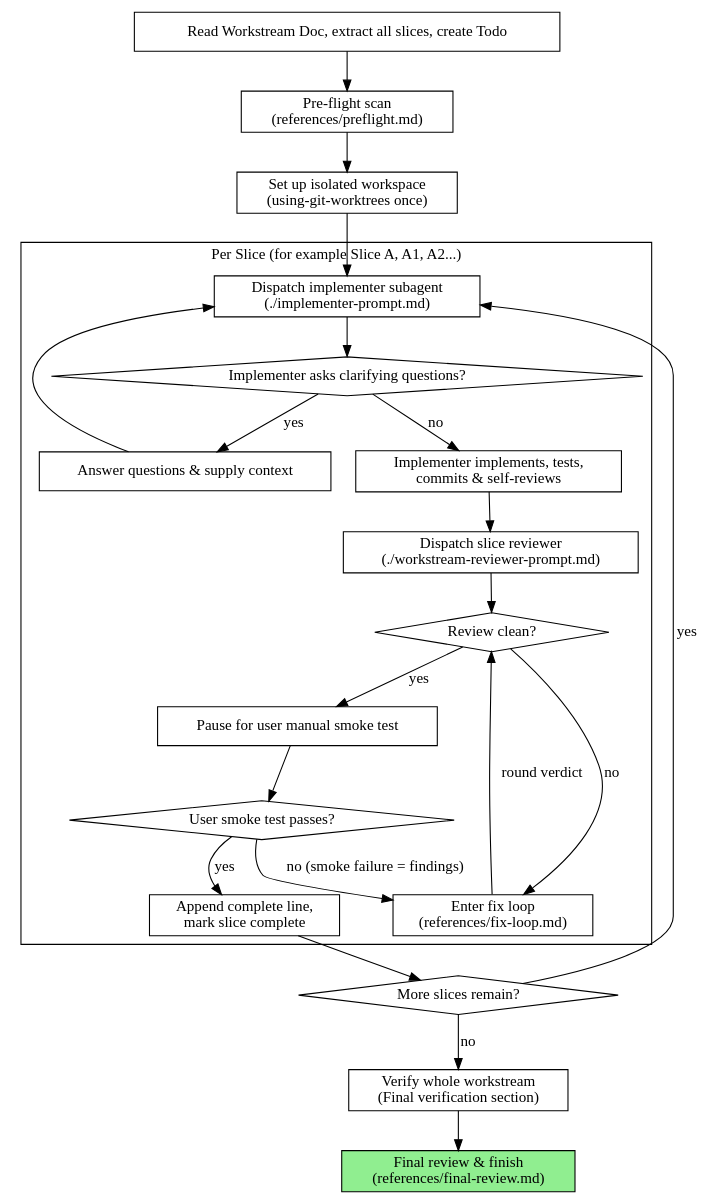
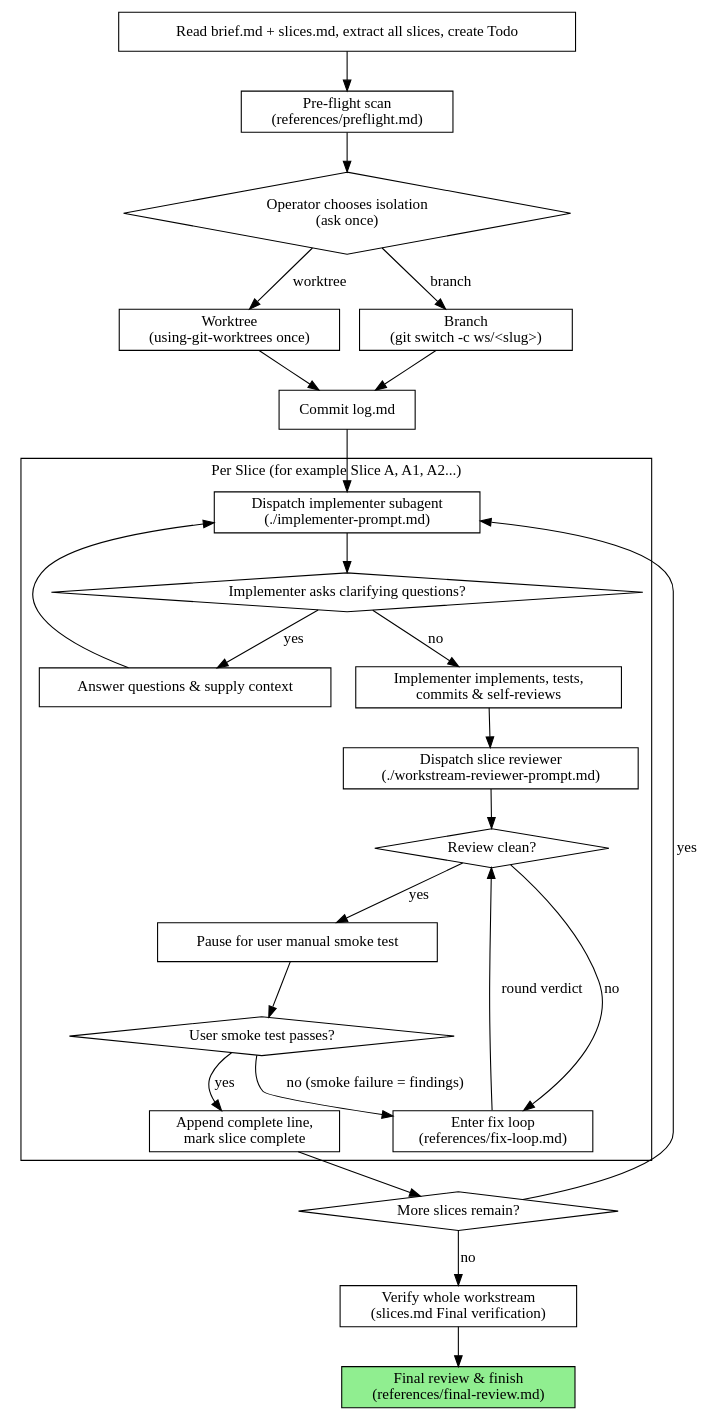
One commit to dtbndr/solopowers changed the diagram in skills/workstream-driven-development/SKILL.md. Above: the diagram before and after it, drawn with Graphviz. The commit also changed other lines of this file and 12 other files, not shown here.

First line of the commit message:
feat(lite): WSD executes workstream folder with operator-chosen isolation (Group 2c)

````diff
--- a/skills/workstream-driven-development/SKILL.md
+++ b/skills/workstream-driven-development/SKILL.md
@@ -28,46 +28,53 @@
 ```dot
 digraph workstream_execution {
     rankdir=TB;
 
     subgraph cluster_per_slice {
         label="Per Slice (for example Slice A, A1, A2...)";
         "Dispatch implementer subagent\n(./implementer-prompt.md)" [shape=box];
         "Implementer asks clarifying questions?" [shape=diamond];
         "Answer questions & supply context" [shape=box];
         "Implementer implements, tests,\ncommits & self-reviews" [shape=box];
         "Dispatch slice reviewer\n(./workstream-reviewer-prompt.md)" [shape=box];
         "Review clean?" [shape=diamond];
         "Enter fix loop\n(references/fix-loop.md)" [shape=box];
         "Pause for user manual smoke test" [shape=box];
         "User smoke test passes?" [shape=diamond];
         "Append complete line,\nmark slice complete" [shape=box];
     }
 
-    "Read Workstream Doc, extract all slices, create Todo" [shape=box];
+    "Read brief.md + slices.md, extract all slices, create Todo" [shape=box];
     "Pre-flight scan\n(references/preflight.md)" [shape=box];
-    "Set up isolated workspace\n(using-git-worktrees once)" [shape=box];
+    "Operator chooses isolation\n(ask once)" [shape=diamond];
+    "Worktree\n(using-git-worktrees once)" [shape=box];
+    "Branch\n(git switch -c ws/<slug>)" [shape=box];
+    "Commit log.md" [shape=box];
     "More slices remain?" [shape=diamond];
-    "Verify whole workstream\n(Final verification section)" [shape=box];
+    "Verify whole workstream\n(slices.md Final verification)" [shape=box];
     "Final review & finish\n(references/final-review.md)" [shape=box style=filled fillcolor=lightgreen];
 
-    "Read Workstream Doc, extract all slices, create Todo" -> "Pre-flight scan\n(references/preflight.md)";
-    "Pre-flight scan\n(references/preflight.md)" -> "Set up isolated workspace\n(using-git-worktrees once)";
-    "Set up isolated workspace\n(using-git-worktrees once)" -> "Dispatch implementer subagent\n(./implementer-prompt.md)";
+    "Read brief.md + slices.md, extract all slices, create Todo" -> "Pre-flight scan\n(references/preflight.md)";
+    "Pre-flight scan\n(references/preflight.md)" -> "Operator chooses isolation\n(ask once)";
+    "Operator chooses isolation\n(ask once)" -> "Worktree\n(using-git-worktrees once)" [label="worktree"];
+    "Operator chooses isolation\n(ask once)" -> "Branch\n(git switch -c ws/<slug>)" [label="branch"];
+    "Worktree\n(using-git-worktrees once)" -> "Commit log.md";
+    "Branch\n(git switch -c ws/<slug>)" -> "Commit log.md";
+    "Commit log.md" -> "Dispatch implementer subagent\n(./implementer-prompt.md)";
     "Dispatch implementer subagent\n(./implementer-prompt.md)" -> "Implementer asks clarifying questions?";
     "Implementer asks clarifying questions?" -> "Answer questions & supply context" [label="yes"];
     "Answer questions & supply context" -> "Dispatch implementer subagent\n(./implementer-prompt.md)";
     "Implementer asks clarifying questions?" -> "Implementer implements, tests,\ncommits & self-reviews" [label="no"];
     "Implementer implements, tests,\ncommits & self-reviews" -> "Dispatch slice reviewer\n(./workstream-reviewer-prompt.md)";
     "Dispatch slice reviewer\n(./workstream-reviewer-prompt.md)" -> "Review clean?";
     "Review clean?" -> "Enter fix loop\n(references/fix-loop.md)" [label="no"];
     "Enter fix loop\n(references/fix-loop.md)" -> "Review clean?" [label="round verdict"];
     "Review clean?" -> "Pause for user manual smoke test" [label="yes"];
     "Pause for user manual smoke test" -> "User smoke test passes?";
     "User smoke test passes?" -> "Enter fix loop\n(references/fix-loop.md)" [label="no (smoke failure = findings)"];
     "User smoke test passes?" -> "Append complete line,\nmark slice complete" [label="yes"];
     "Append complete line,\nmark slice complete" -> "More slices remain?";
     "More slices remain?" -> "Dispatch implementer subagent\n(./implementer-prompt.md)" [label="yes"];
-    "More slices remain?" -> "Verify whole workstream\n(Final verification section)" [label="no"];
-    "Verify whole workstream\n(Final verification section)" -> "Final review & finish\n(references/final-review.md)";
+    "More slices remain?" -> "Verify whole workstream\n(slices.md Final verification)" [label="no"];
+    "Verify whole workstream\n(slices.md Final verification)" -> "Final review & finish\n(references/final-review.md)";
 }
 ```
````
